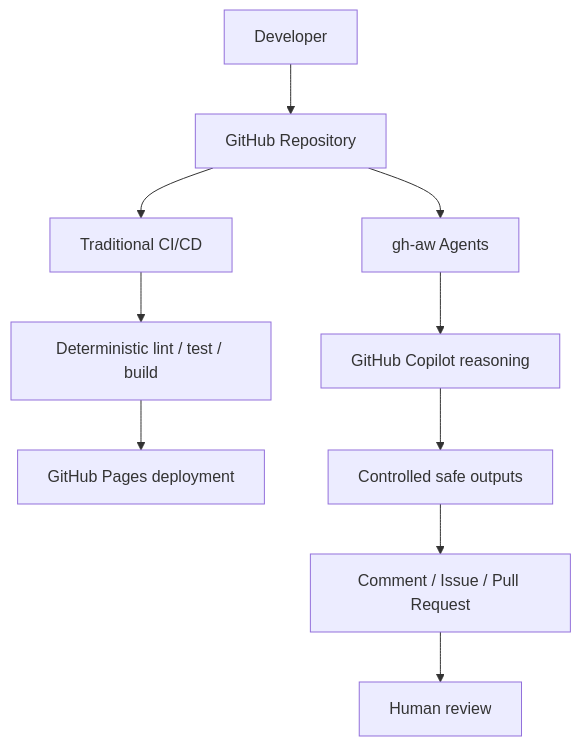
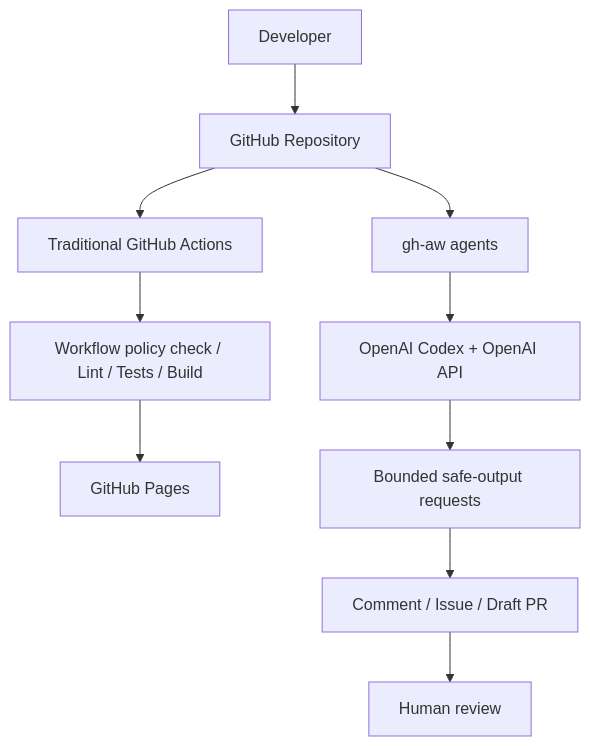
The diagram in README.md (AakashPandya/github-agentic-sdlc-demo), drawn with Mermaid before and after one commit. The commit also changed other lines of this file and 30 other files, not shown here.

Commit message:
Migrate agents to OpenAI Codex and audit workflow boundaries

````diff
--- a/README.md
+++ b/README.md
@@ -47,12 +42,12 @@
 ```mermaid
 flowchart TD
     Developer --> Repository[GitHub Repository]
-    Repository --> Actions[Traditional CI/CD]
-    Repository --> Agents[gh-aw Agents]
-    Actions --> Checks[Deterministic lint / test / build]
-    Checks --> Deploy[GitHub Pages deployment]
-    Agents --> Copilot[GitHub Copilot reasoning]
-    Copilot --> Safe[Controlled safe outputs]
-    Safe --> Result[Comment / Issue / Pull Request]
+    Repository --> Actions[Traditional GitHub Actions]
+    Actions --> Checks[Workflow policy check / Lint / Tests / Build]
+    Checks --> Deploy[GitHub Pages]
+    Repository --> Agents[gh-aw agents]
+    Agents --> Codex[OpenAI Codex + OpenAI API]
+    Codex --> Safe[Bounded safe-output requests]
+    Safe --> Result[Comment / Issue / Draft PR]
     Result --> Human[Human review]
 ```
````
